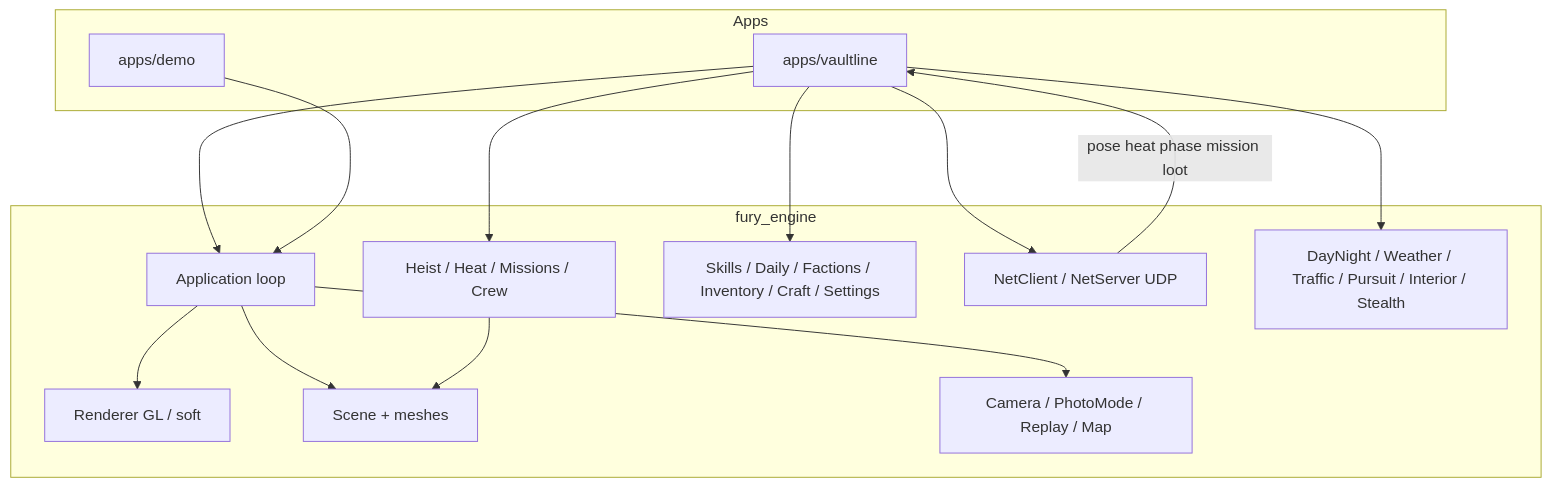
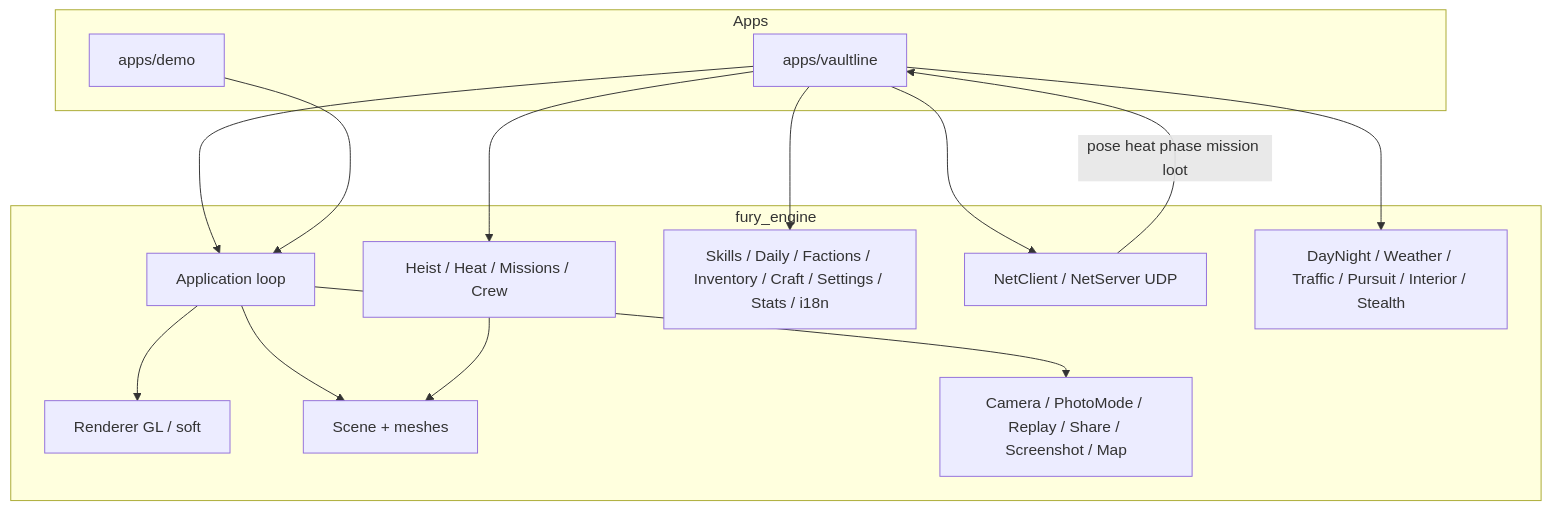
Before and after one commit to Z5zi/Fury: the diagram in README.md, drawn with Mermaid. The commit also changed other lines of this file and 5 other files, not shown here.

````diff
--- a/README.md
+++ b/README.md
@@ -377,28 +383,28 @@
 ```mermaid
 flowchart TB
   subgraph Apps
     VL[apps/vaultline]
     Demo[apps/demo]
   end
   subgraph Engine["fury_engine"]
     App[Application loop]
     R[Renderer GL / soft]
     Scene[Scene + meshes]
     Game[Heist / Heat / Missions / Crew]
-    Meta[Skills / Daily / Factions / Inventory / Craft / Settings]
+    Meta[Skills / Daily / Factions / Inventory / Craft / Settings / Stats / i18n]
     Net[NetClient / NetServer UDP]
     World[DayNight / Weather / Traffic / Pursuit / Interior / Stealth]
-    Cam[Camera / PhotoMode / Replay / Map]
+    Cam[Camera / PhotoMode / Replay / Share / Screenshot / Map]
   end
   VL --> App
   Demo --> App
   App --> R
   App --> Scene
   App --> Cam
   VL --> Game
   VL --> Meta
   VL --> Net
   VL --> World
   Game --> Scene
   Net -->|pose heat phase mission loot| VL
 ```
````
